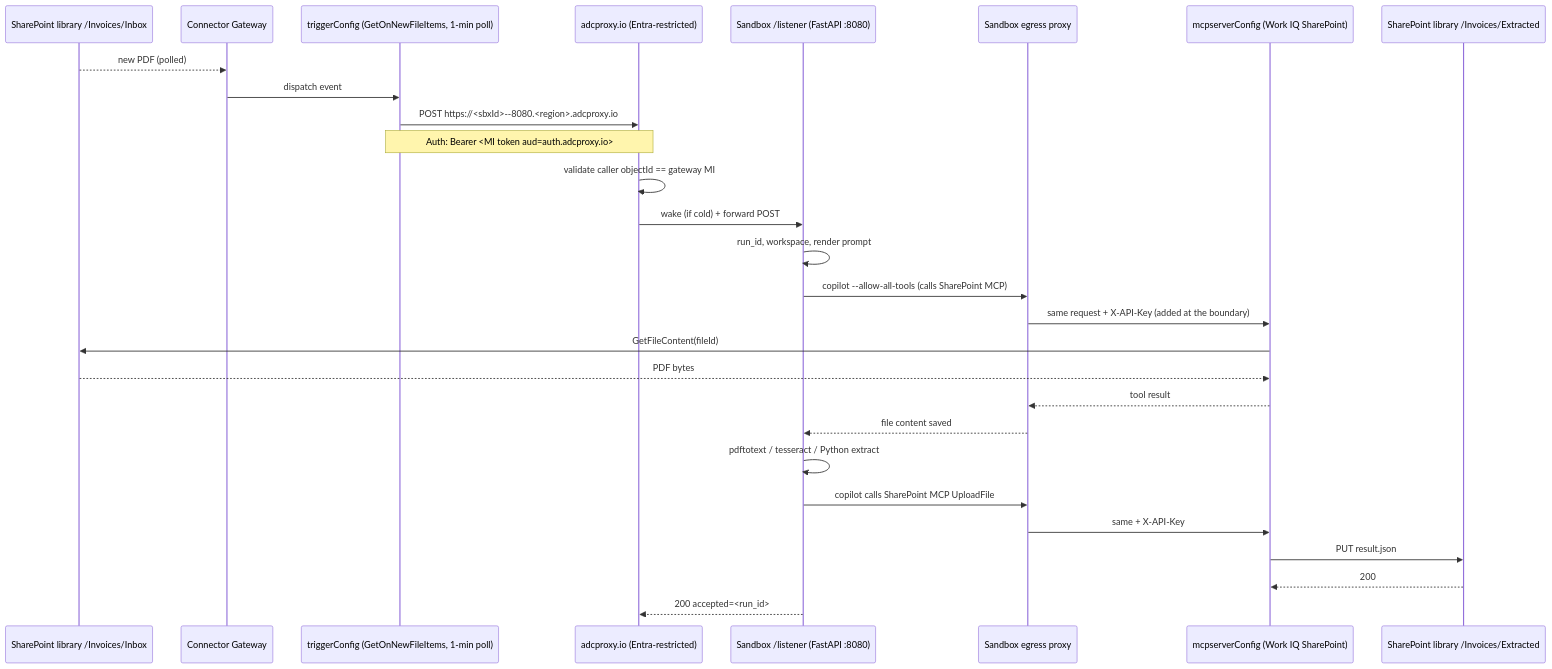
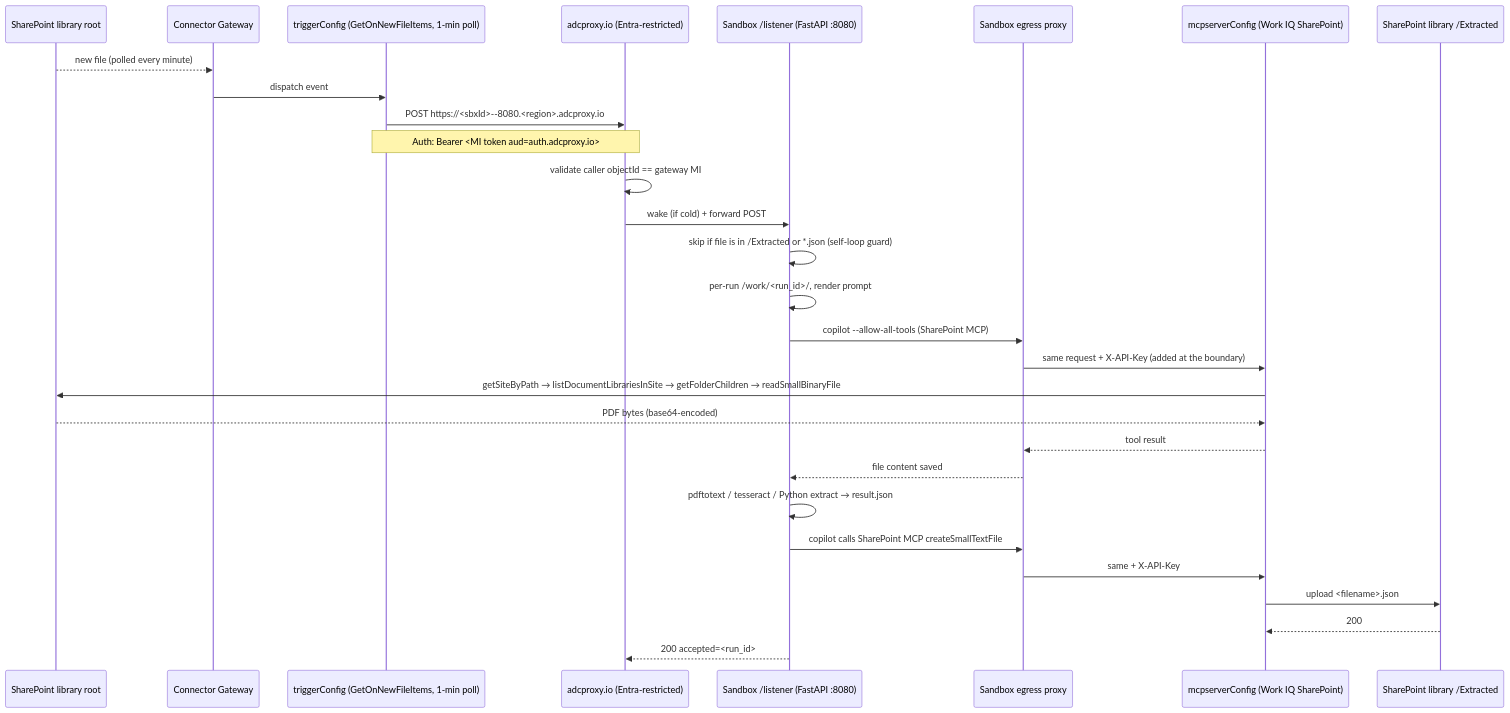
The diagram in samples/sandboxes/scenarios/11-connectors-document-automation/README.md (annaji-msft/ai-apps), drawn with Mermaid before and after one commit. The commit also changed other lines of this file and 5 other files, not shown here.

````diff
--- a/samples/sandboxes/scenarios/11-connectors-document-automation/README.md
+++ b/samples/sandboxes/scenarios/11-connectors-document-automation/README.md
@@ -30,31 +43,32 @@
 ```mermaid
 sequenceDiagram
-    participant SP   as SharePoint library /Invoices/Inbox
+    participant SP   as SharePoint library root
     participant GW   as Connector Gateway
     participant TR   as triggerConfig (GetOnNewFileItems, 1-min poll)
     participant PROXY as adcproxy.io (Entra-restricted)
     participant SBX  as Sandbox /listener (FastAPI :8080)
     participant EGRESS as Sandbox egress proxy
     participant MCP  as mcpserverConfig (Work IQ SharePoint)
-    participant SP2  as SharePoint library /Invoices/Extracted
+    participant SP2  as SharePoint library /Extracted
 
-    SP-->>GW: new PDF (polled)
+    SP-->>GW: new file (polled every minute)
     GW->>TR: dispatch event
     TR->>PROXY: POST https://<sbxId>--8080.<region>.adcproxy.io
     Note over TR,PROXY: Auth: Bearer <MI token aud=auth.adcproxy.io>
     PROXY->>PROXY: validate caller objectId == gateway MI
     PROXY->>SBX: wake (if cold) + forward POST
-    SBX->>SBX: run_id, workspace, render prompt
-    SBX->>EGRESS: copilot --allow-all-tools (calls SharePoint MCP)
+    SBX->>SBX: skip if file is in /Extracted or *.json (self-loop guard)
+    SBX->>SBX: per-run /work/<run_id>/, render prompt
+    SBX->>EGRESS: copilot --allow-all-tools (SharePoint MCP)
     EGRESS->>MCP: same request + X-API-Key (added at the boundary)
-    MCP->>SP: GetFileContent(fileId)
-    SP-->>MCP: PDF bytes
+    MCP->>SP: getSiteByPath → listDocumentLibrariesInSite → getFolderChildren → readSmallBinaryFile
+    SP-->>MCP: PDF bytes (base64-encoded)
     MCP-->>EGRESS: tool result
     EGRESS-->>SBX: file content saved
-    SBX->>SBX: pdftotext / tesseract / Python extract
-    SBX->>EGRESS: copilot calls SharePoint MCP UploadFile
+    SBX->>SBX: pdftotext / tesseract / Python extract → result.json
+    SBX->>EGRESS: copilot calls SharePoint MCP createSmallTextFile
     EGRESS->>MCP: same + X-API-Key
-    MCP->>SP2: PUT result.json
+    MCP->>SP2: upload <filename>.json
     SP2-->>MCP: 200
     SBX-->>PROXY: 200 accepted=<run_id>
 ```
````
